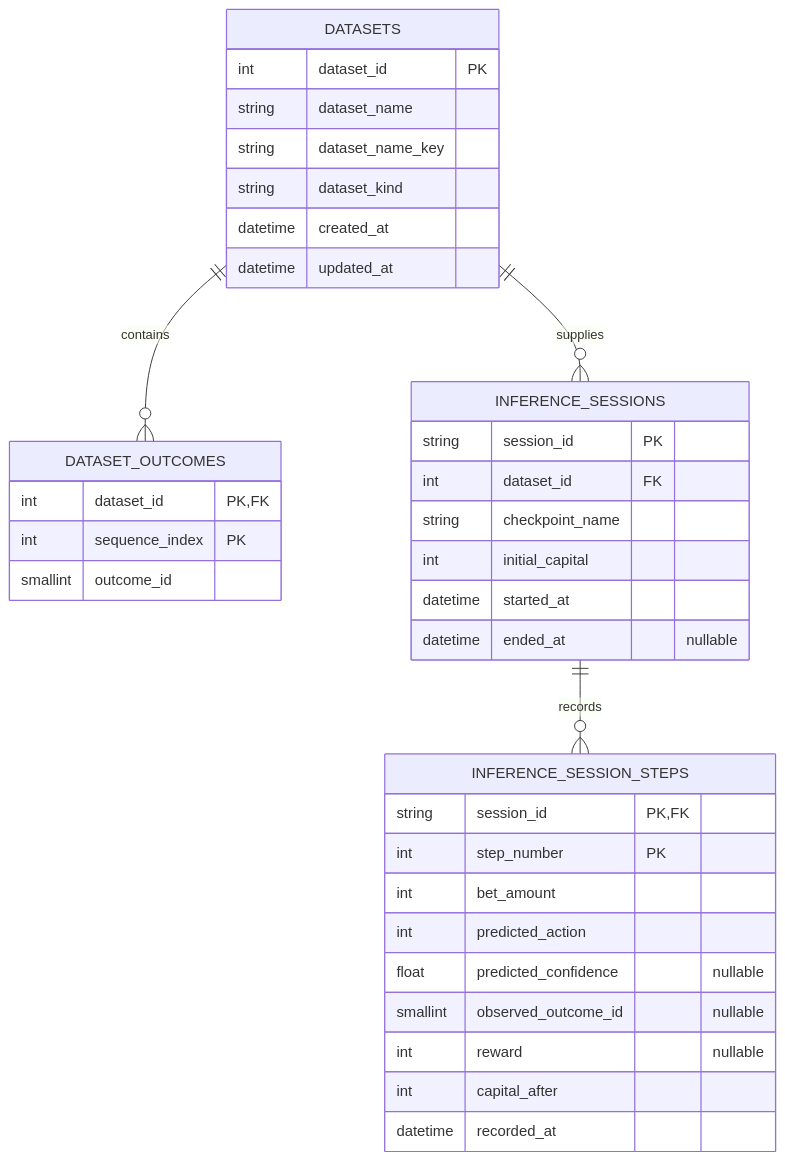
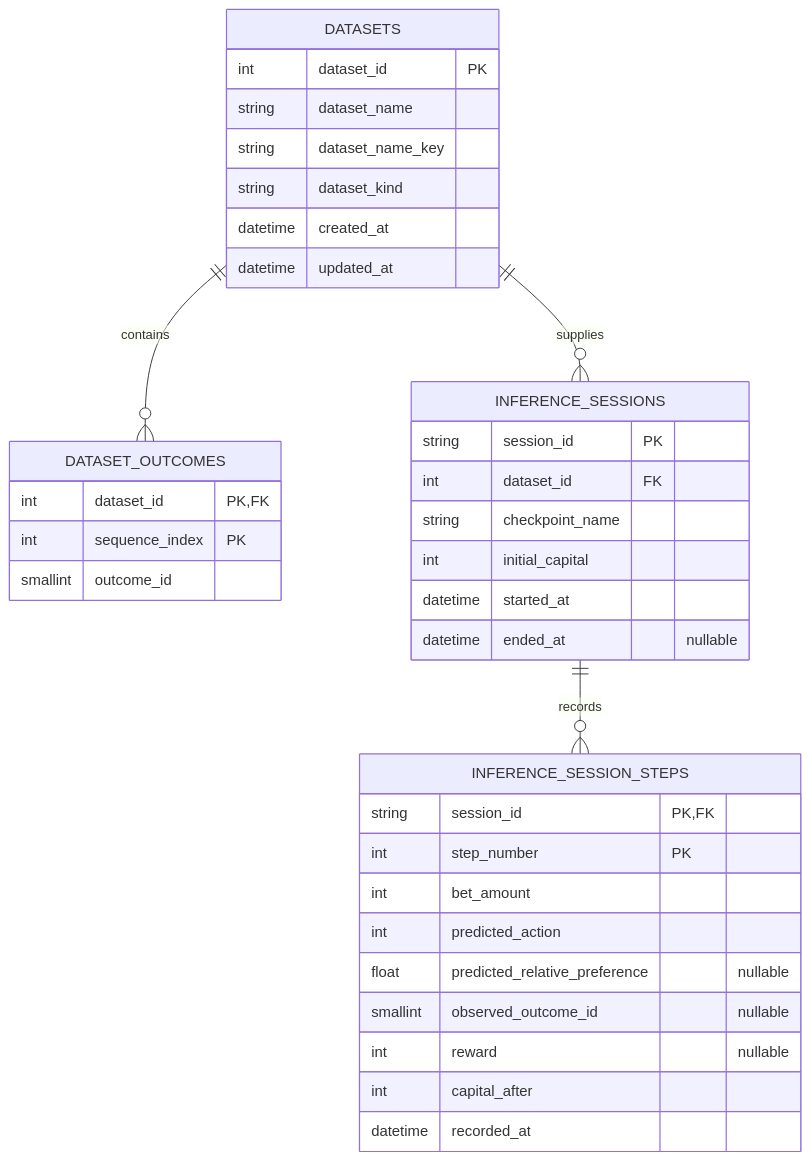
Before and after one commit to CTCycle/FAIRS-Roulette-Player: the diagram in assets/docs/architecture/persistence.md, drawn with Mermaid. The commit also changed other lines of this file, not shown here.

````diff
--- a/assets/docs/architecture/persistence.md
+++ b/assets/docs/architecture/persistence.md
@@ -9,42 +14,42 @@
 ```mermaid
 erDiagram
     DATASETS ||--o{ DATASET_OUTCOMES : contains
     DATASETS ||--o{ INFERENCE_SESSIONS : supplies
     INFERENCE_SESSIONS ||--o{ INFERENCE_SESSION_STEPS : records
 
     DATASETS {
         int dataset_id PK
         string dataset_name
         string dataset_name_key
         string dataset_kind
         datetime created_at
         datetime updated_at
     }
 
     DATASET_OUTCOMES {
         int dataset_id PK, FK
         int sequence_index PK
         smallint outcome_id
     }
 
     INFERENCE_SESSIONS {
         string session_id PK
         int dataset_id FK
         string checkpoint_name
         int initial_capital
         datetime started_at
         datetime ended_at "nullable"
     }
 
     INFERENCE_SESSION_STEPS {
         string session_id PK, FK
         int step_number PK
         int bet_amount
         int predicted_action
-        float predicted_confidence "nullable"
+        float predicted_relative_preference "nullable"
         smallint observed_outcome_id "nullable"
         int reward "nullable"
         int capital_after
         datetime recorded_at
     }
 ```
````
